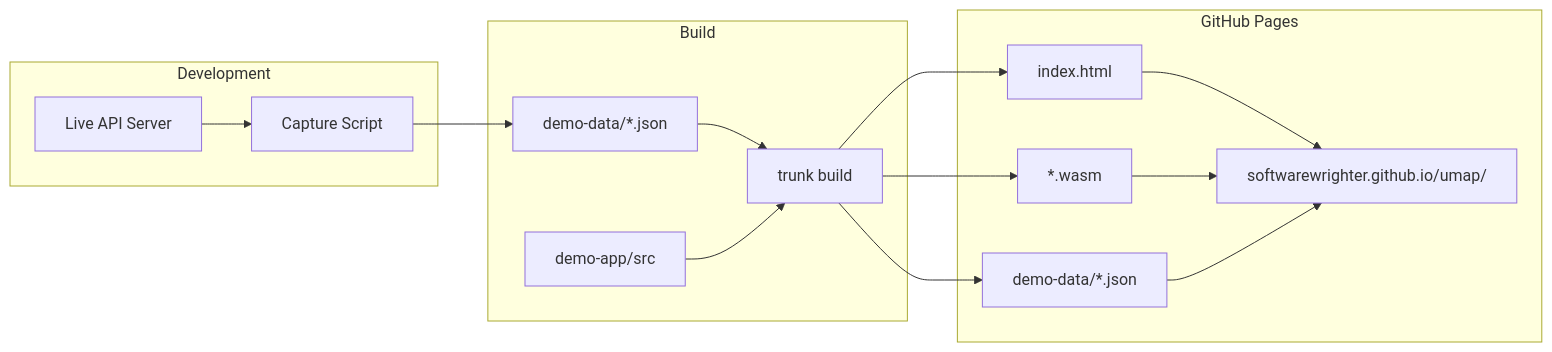
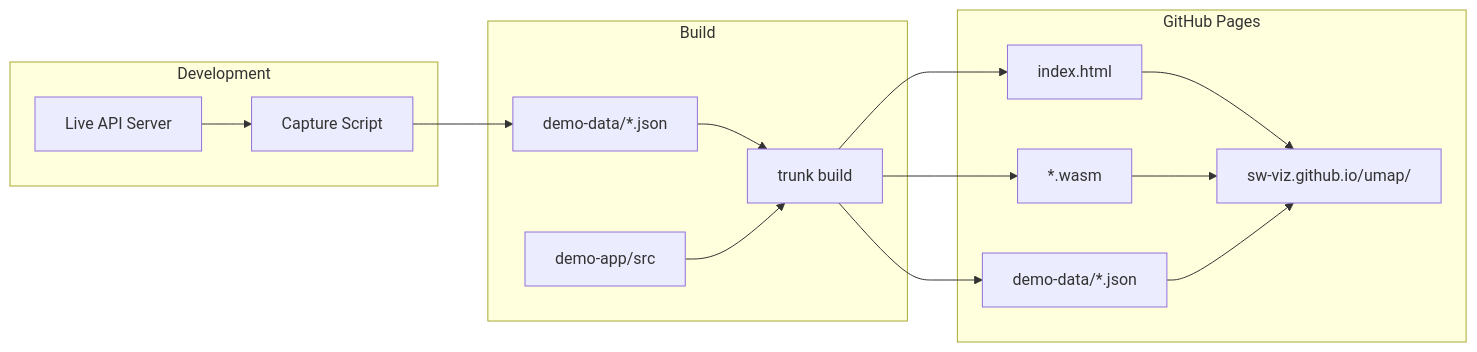
The second of 3 diagrams in wiki/Deployment.md (softwarewrighter/umap), drawn with Mermaid before and after one commit. The commit also changed other lines of this file and 15 other files, not shown here.

First line of the commit message:
Migrate repository from softwarewrighter to sw-viz organization

````diff
--- a/wiki/Deployment.md
+++ b/wiki/Deployment.md
@@ -97,31 +97,31 @@
 ```mermaid
 graph LR
     subgraph "Development"
         API[Live API Server]
         Script[Capture Script]
     end
 
     subgraph "Build"
         Data[demo-data/*.json]
         Source[demo-app/src]
         Trunk[trunk build]
     end
 
     subgraph "GitHub Pages"
-        Pages[softwarewrighter.github.io/umap/]
+        Pages[sw-viz.github.io/umap/]
         HTML[index.html]
         WASM[*.wasm]
         JSON[demo-data/*.json]
     end
 
     API --> Script
     Script --> Data
     Data --> Trunk
     Source --> Trunk
     Trunk --> HTML
     Trunk --> WASM
     Trunk --> JSON
     HTML --> Pages
     WASM --> Pages
     JSON --> Pages
 ```
````
